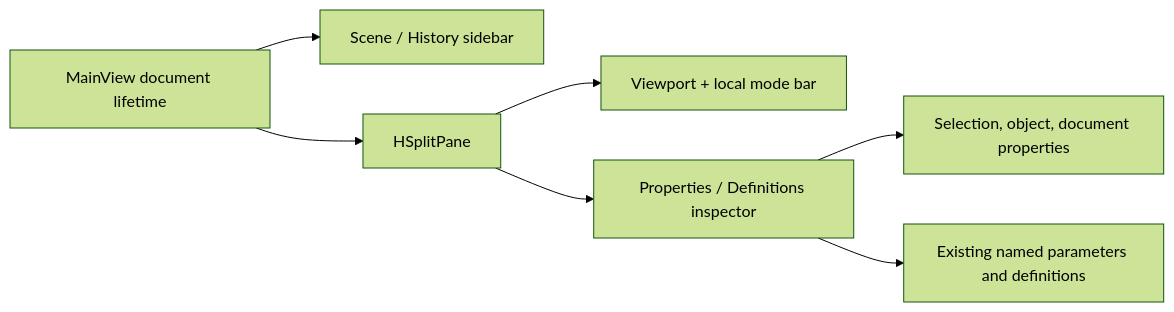
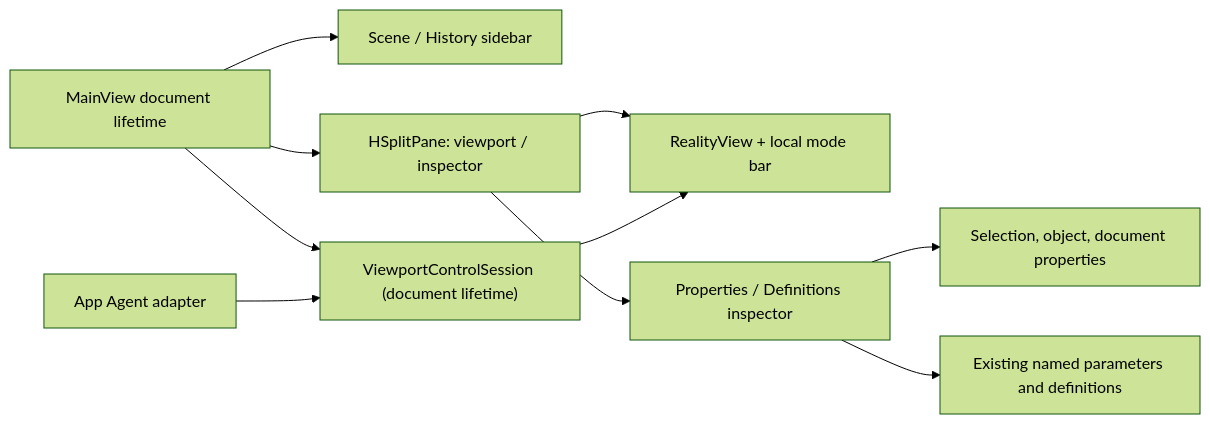
The second of 3 diagrams in RupaKit/Sources/RupaUI/DESIGN.md (1amageek/Rupa), drawn with Mermaid (forest theme) before and after one commit. The commit also changed other lines of this file and 102 other files, not shown here.

````diff
--- a/RupaKit/Sources/RupaUI/DESIGN.md
+++ b/RupaKit/Sources/RupaUI/DESIGN.md
@@ -82,9 +87,12 @@
 ```mermaid
 flowchart LR
     Main["MainView document lifetime"] --> Sidebar["Scene / History sidebar"]
-    Main --> Detail["HSplitPane"]
-    Detail --> Canvas["Viewport + local mode bar"]
+    Main --> Detail["HSplitPane: viewport / inspector"]
+    Detail --> RealitySurface["RealityView + local mode bar"]
     Detail --> Inspector["Properties / Definitions inspector"]
     Inspector --> Props["Selection, object, document properties"]
     Inspector --> Definitions["Existing named parameters and definitions"]
+    Main --> Session["ViewportControlSession (document lifetime)"]
+    Session --> RealitySurface
+    Agent["App Agent adapter"] --> Session
 ```
````
